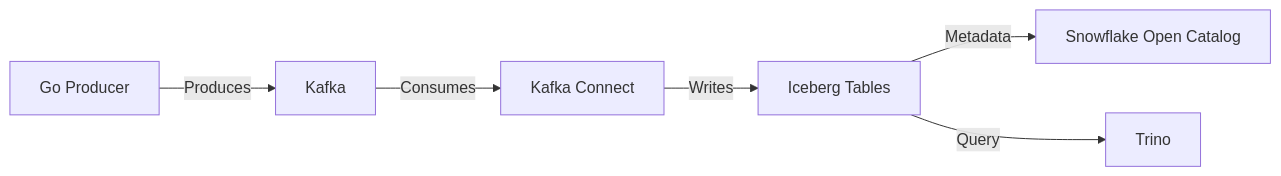
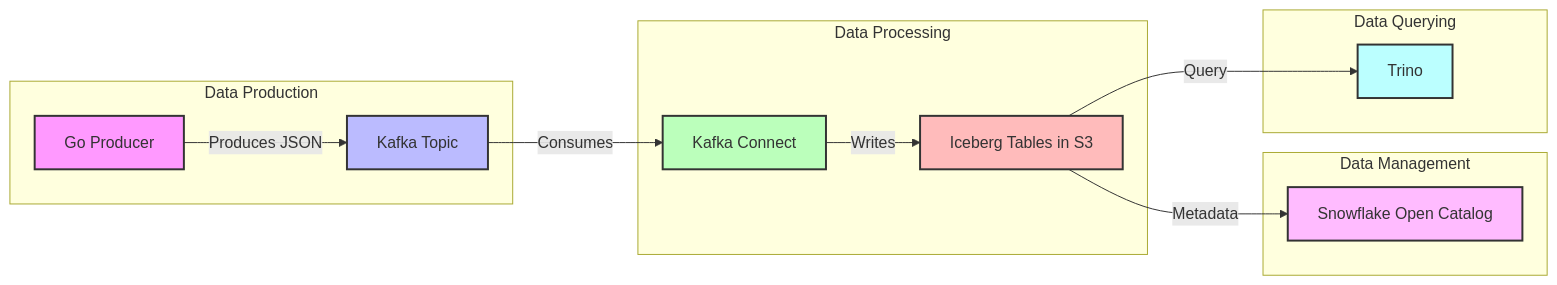
The first of 6 diagrams in solutions/aiven-iceberg-tutorial/README.md (aiven/aiven-examples), drawn with Mermaid before and after one commit. The commit also changed other lines of this file, not shown here.

````diff
--- a/solutions/aiven-iceberg-tutorial/README.md
+++ b/solutions/aiven-iceberg-tutorial/README.md
@@ -18,8 +3,26 @@
 ```mermaid
-graph LR
-    A[Go Producer] -->|Produces| B[Kafka]
-    B -->|Consumes| C[Kafka Connect]
-    C -->|Writes| D[Iceberg Tables]
-    D -->|Metadata| E[Snowflake Open Catalog]
-    D -->|Query| F[Trino]
+flowchart LR
+    subgraph "Data Production"
+        A[Go Producer] -->|Produces JSON| B[Kafka Topic]
+    end
+
+    subgraph "Data Processing"
+        B -->|Consumes| C[Kafka Connect]
+        C -->|Writes| D[Iceberg Tables in S3]
+    end
+
+    subgraph "Data Management"
+        D -->|Metadata| E[Snowflake Open Catalog]
+    end
+
+    subgraph "Data Querying"
+        D -->|Query| F[Trino]
+    end
+
+    style A fill:#f9f,stroke:#333,stroke-width:2px
+    style B fill:#bbf,stroke:#333,stroke-width:2px
+    style C fill:#bfb,stroke:#333,stroke-width:2px
+    style D fill:#fbb,stroke:#333,stroke-width:2px
+    style E fill:#fbf,stroke:#333,stroke-width:2px
+    style F fill:#bff,stroke:#333,stroke-width:2px
 ```
````
